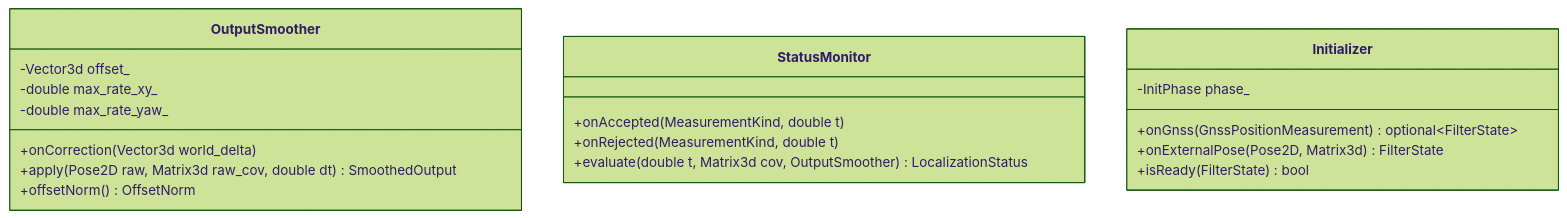
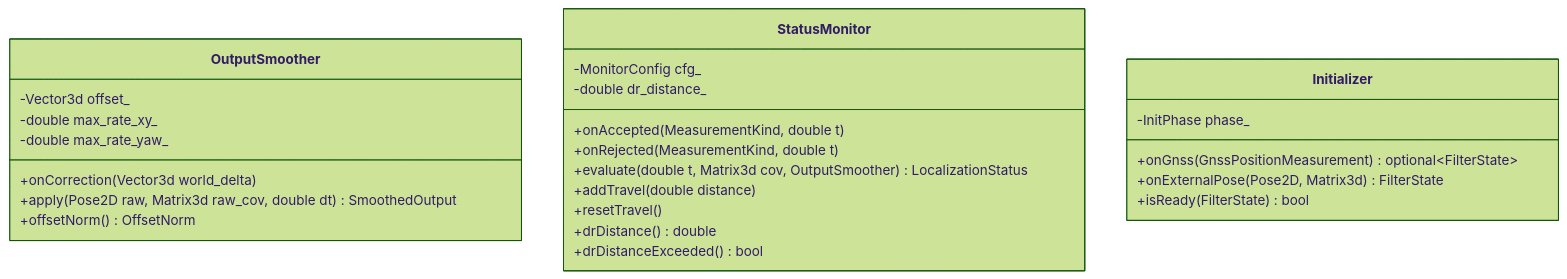
Before and after one commit to mamoru1126/gnss_and_lidar_localization: the seventh of 14 diagrams in docs/architecture.md, drawn with Mermaid (forest theme). The commit also changed other lines of this file and 6 other files, not shown here.

First line of the commit message:
docs: 運用上の前提とデッドレコニング距離の監視を反映し、複数地図の扱いを見直し（設計書 v0.9）

````diff
--- a/docs/architecture.md
+++ b/docs/architecture.md
@@ -522,22 +526,28 @@
 ```mermaid
 classDiagram
   class OutputSmoother {
     -Vector3d offset_
     -double max_rate_xy_
     -double max_rate_yaw_
     +onCorrection(Vector3d world_delta)
     +apply(Pose2D raw, Matrix3d raw_cov, double dt) SmoothedOutput
     +offsetNorm() OffsetNorm
   }
   class StatusMonitor {
+    -MonitorConfig cfg_
+    -double dr_distance_
     +onAccepted(MeasurementKind, double t)
     +onRejected(MeasurementKind, double t)
     +evaluate(double t, Matrix3d cov, OutputSmoother) LocalizationStatus
+    +addTravel(double distance)
+    +resetTravel()
+    +drDistance() double
+    +drDistanceExceeded() bool
   }
   class Initializer {
     -InitPhase phase_
     +onGnss(GnssPositionMeasurement) optional~FilterState~
     +onExternalPose(Pose2D, Matrix3d) FilterState
     +isReady(FilterState) bool
   }
 ```
````
